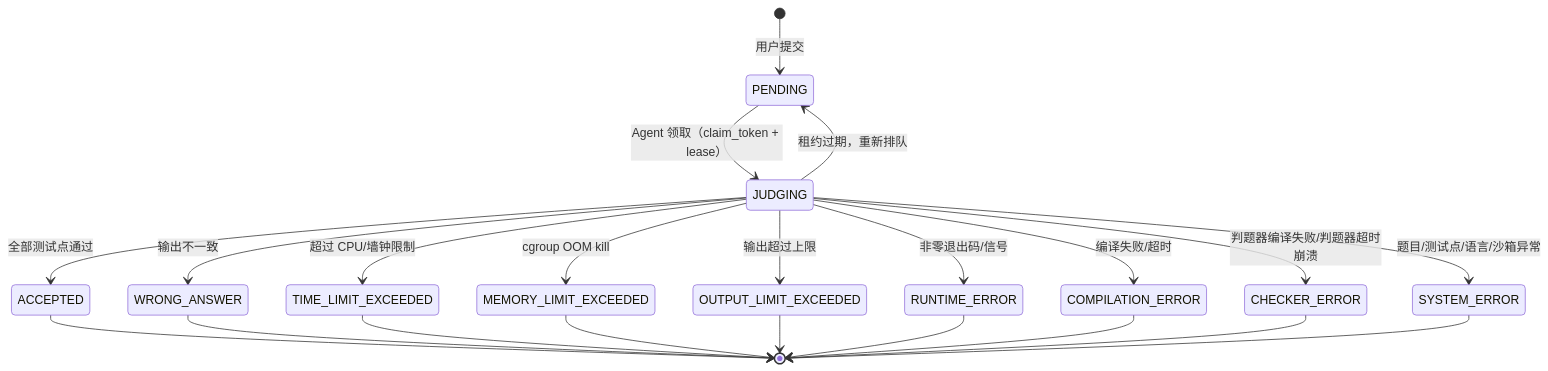
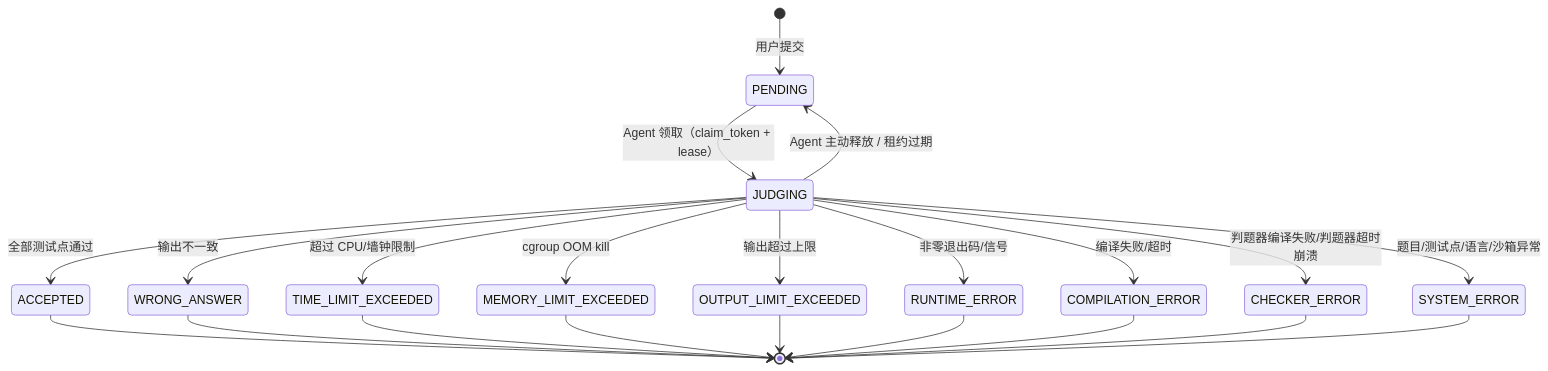
Before and after one commit to yucccxi/iOJ: the diagram in docs/server/03-judge.md, drawn with Mermaid. The commit also changed other lines of this file and 36 other files, not shown here.

````diff
--- a/docs/server/03-judge.md
+++ b/docs/server/03-judge.md
@@ -5,24 +9,24 @@
 ```mermaid
 stateDiagram-v2
     [*] --> PENDING: 用户提交
     PENDING --> JUDGING: Agent 领取（claim_token + lease）
-    JUDGING --> PENDING: 租约过期，重新排队
+    JUDGING --> PENDING: Agent 主动释放 / 租约过期
     JUDGING --> ACCEPTED: 全部测试点通过
     JUDGING --> WRONG_ANSWER: 输出不一致
     JUDGING --> TIME_LIMIT_EXCEEDED: 超过 CPU/墙钟限制
     JUDGING --> MEMORY_LIMIT_EXCEEDED: cgroup OOM kill
     JUDGING --> OUTPUT_LIMIT_EXCEEDED: 输出超过上限
     JUDGING --> RUNTIME_ERROR: 非零退出码/信号
     JUDGING --> COMPILATION_ERROR: 编译失败/超时
     JUDGING --> CHECKER_ERROR: 判题器编译失败/判题器超时崩溃
     JUDGING --> SYSTEM_ERROR: 题目/测试点/语言/沙箱异常
     ACCEPTED --> [*]
     WRONG_ANSWER --> [*]
     TIME_LIMIT_EXCEEDED --> [*]
     MEMORY_LIMIT_EXCEEDED --> [*]
     OUTPUT_LIMIT_EXCEEDED --> [*]
     RUNTIME_ERROR --> [*]
     COMPILATION_ERROR --> [*]
     CHECKER_ERROR --> [*]
     SYSTEM_ERROR --> [*]
 ```
````
